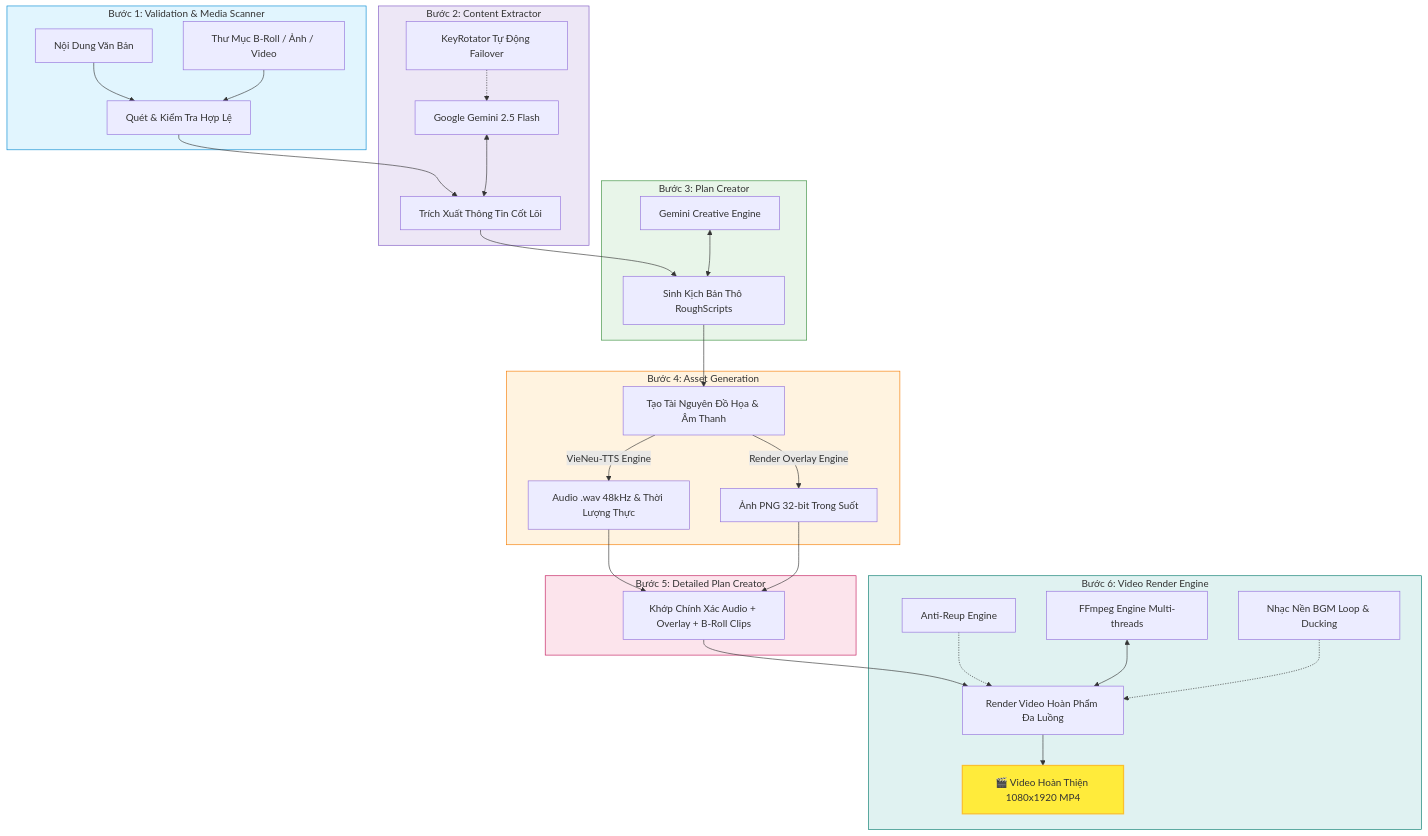
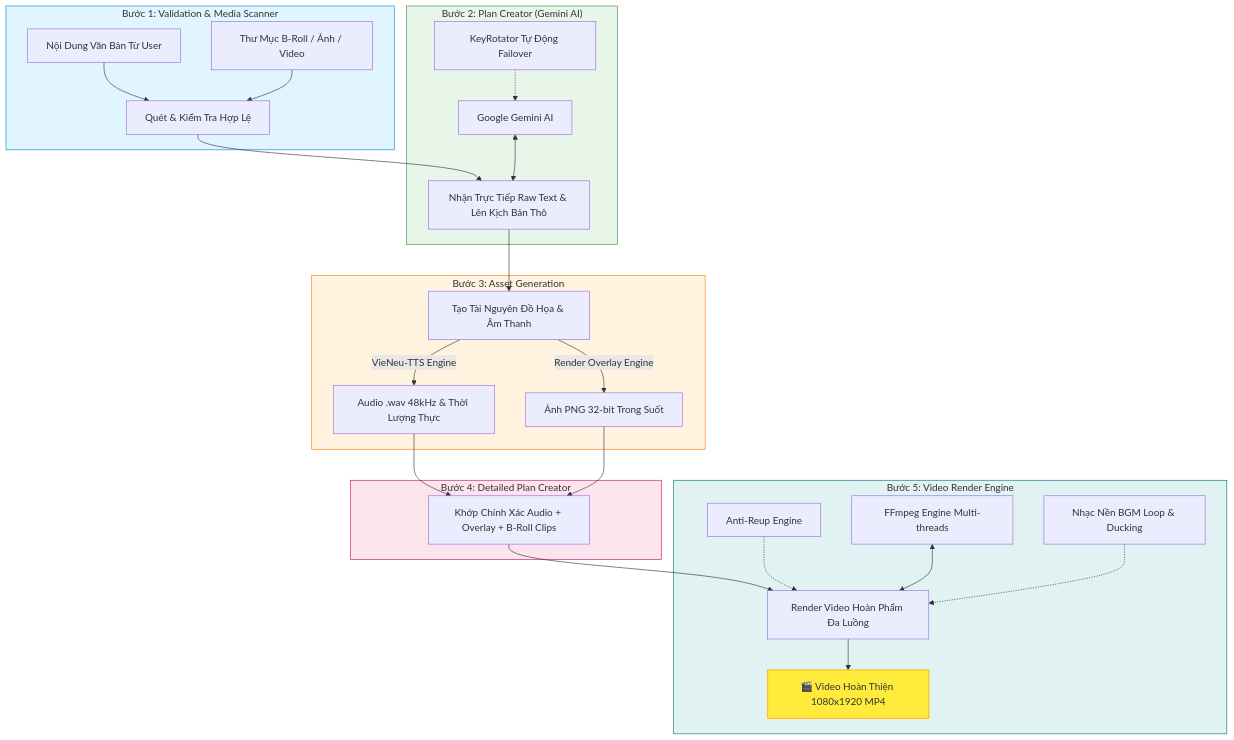
One commit to anhkiet-201/ai_video_creator changed the diagram in README.md. Above: the diagram before and after it, drawn with Mermaid. The commit also changed other lines of this file and 11 other files, not shown here.

````diff
--- a/README.md
+++ b/README.md
@@ -55,45 +55,39 @@
 ```mermaid
 flowchart TD
     subgraph S1["Bước 1: Validation & Media Scanner"]
-        A[Nội Dung Văn Bản] --> P1[Quét & Kiểm Tra Hợp Lệ]
+        A[Nội Dung Văn Bản Từ User] --> P1[Quét & Kiểm Tra Hợp Lệ]
         B[Thư Mục B-Roll / Ảnh / Video] --> P1
     end
 
-    subgraph S2["Bước 2: Content Extractor"]
-        P1 --> P2[Trích Xuất Thông Tin Cốt Lõi]
-        G1[Google Gemini 2.5 Flash] <--> P2
+    subgraph S2["Bước 2: Plan Creator (Gemini AI)"]
+        P1 --> P2[Nhận Trực Tiếp Raw Text & Lên Kịch Bản Thô]
+        G1[Google Gemini AI] <--> P2
         KR[KeyRotator Tự Động Failover] -.-> G1
     end
 
-    subgraph S3["Bước 3: Plan Creator"]
-        P2 --> P3[Sinh Kịch Bản Thô RoughScripts]
-        G2[Gemini Creative Engine] <--> P3
+    subgraph S3["Bước 3: Asset Generation"]
+        P2 --> P3[Tạo Tài Nguyên Đồ Họa & Âm Thanh]
+        P3 -->|VieNeu-TTS Engine| TTS[Audio .wav 48kHz & Thời Lượng Thực]
+        P3 -->|Render Overlay Engine| OVL[Ảnh PNG 32-bit Trong Suốt]
     end
 
-    subgraph S4["Bước 4: Asset Generation"]
-        P3 --> P4[Tạo Tài Nguyên Đồ Họa & Âm Thanh]
-        P4 -->|VieNeu-TTS Engine| TTS[Audio .wav 48kHz & Thời Lượng Thực]
-        P4 -->|Render Overlay Engine| OVL[Ảnh PNG 32-bit Trong Suốt]
+    subgraph S4["Bước 4: Detailed Plan Creator"]
+        TTS --> P4[Khớp Chính Xác Audio + Overlay + B-Roll Clips]
+        OVL --> P4
     end
 
-    subgraph S5["Bước 5: Detailed Plan Creator"]
-        TTS --> P5[Khớp Chính Xác Audio + Overlay + B-Roll Clips]
-        OVL --> P5
-    end
-
-    subgraph S6["Bước 6: Video Render Engine"]
-        P5 --> P6[Render Video Hoàn Phẩm Đa Luồng]
-        AR[Anti-Reup Engine] -.-> P6
-        FF[FFmpeg Engine Multi-threads] <--> P6
-        BGM[Nhạc Nền BGM Loop & Ducking] -.-> P6
-        P6 --> OUT[🎬 Video Hoàn Thiện 1080x1920 MP4]
+    subgraph S5["Bước 5: Video Render Engine"]
+        P4 --> P5[Render Video Hoàn Phẩm Đa Luồng]
+        AR[Anti-Reup Engine] -.-> P5
+        FF[FFmpeg Engine Multi-threads] <--> P5
+        BGM[Nhạc Nền BGM Loop & Ducking] -.-> P5
+        P5 --> OUT[🎬 Video Hoàn Thiện 1080x1920 MP4]
     end
 
     style S1 fill:#e1f5fe,stroke:#0288d1
-    style S2 fill:#ede7f6,stroke:#7e57c2
-    style S3 fill:#e8f5e9,stroke:#388e3c
-    style S4 fill:#fff3e0,stroke:#f57c00
-    style S5 fill:#fce4ec,stroke:#c2185b
-    style S6 fill:#e0f2f1,stroke:#00796b
+    style S2 fill:#e8f5e9,stroke:#388e3c
+    style S3 fill:#fff3e0,stroke:#f57c00
+    style S4 fill:#fce4ec,stroke:#c2185b
+    style S5 fill:#e0f2f1,stroke:#00796b
     style OUT fill:#ffeb3b,stroke:#fbc02d,stroke-width:2px
 ```
````
